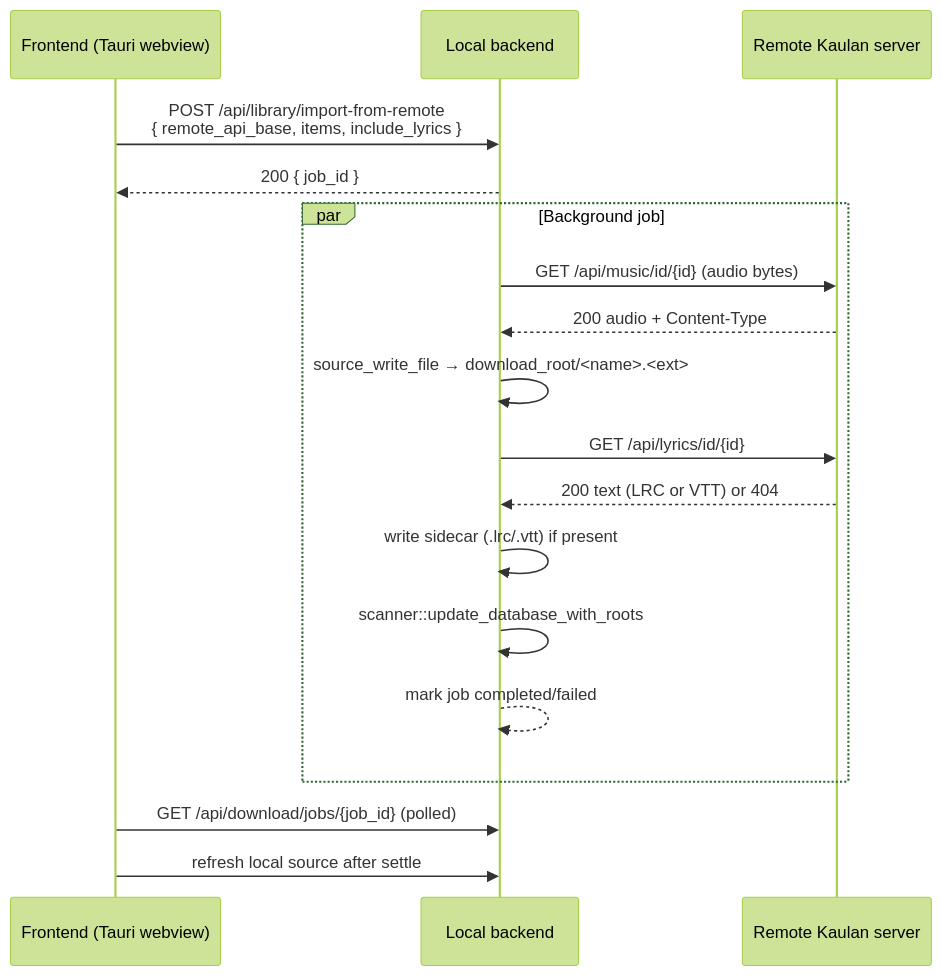
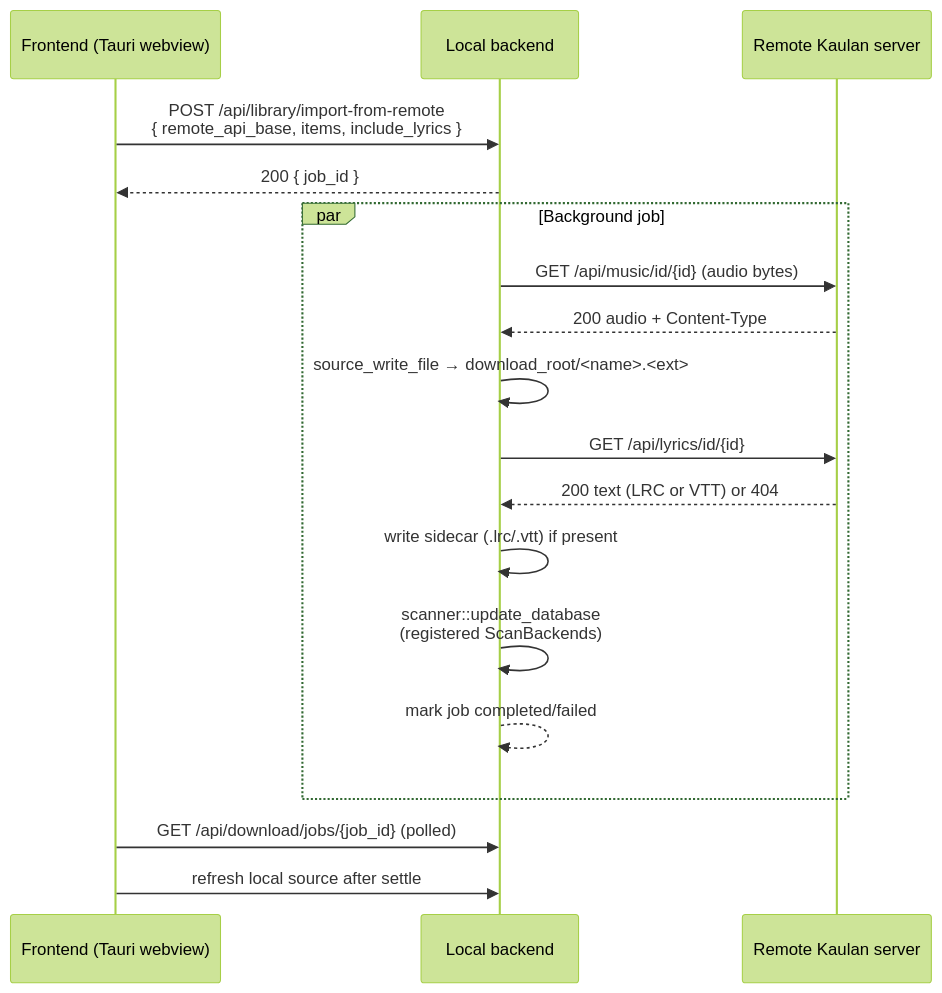
One commit to Afeather2017/Kaulan changed the first of 2 diagrams in docs/library-import.md. Above: the diagram before and after it, drawn with Mermaid (forest theme). The commit also changed 24 other files, not shown here.

First line of the commit message:
Refactor library scanning around scan backends

````diff
--- a/docs/library-import.md
+++ b/docs/library-import.md
@@ -24,21 +24,21 @@
 ```mermaid
 sequenceDiagram
     participant UI as Frontend (Tauri webview)
     participant Local as Local backend
     participant Remote as Remote Kaulan server
 
     UI->>Local: POST /api/library/import-from-remote<br/>{ remote_api_base, items, include_lyrics }
     Local-->>UI: 200 { job_id }
     par Background job
         Local->>Remote: GET /api/music/id/{id}  (audio bytes)
         Remote-->>Local: 200 audio + Content-Type
         Local->>Local: source_write_file → download_root/<name>.<ext>
         Local->>Remote: GET /api/lyrics/id/{id}
         Remote-->>Local: 200 text (LRC or VTT) or 404
         Local->>Local: write sidecar (.lrc/.vtt) if present
-        Local->>Local: scanner::update_database_with_roots
+        Local->>Local: scanner::update_database<br/>(registered ScanBackends)
         Local-->>Local: mark job completed/failed
     end
     UI->>Local: GET /api/download/jobs/{job_id} (polled)
     UI->>Local: refresh local source after settle
 ```
````
